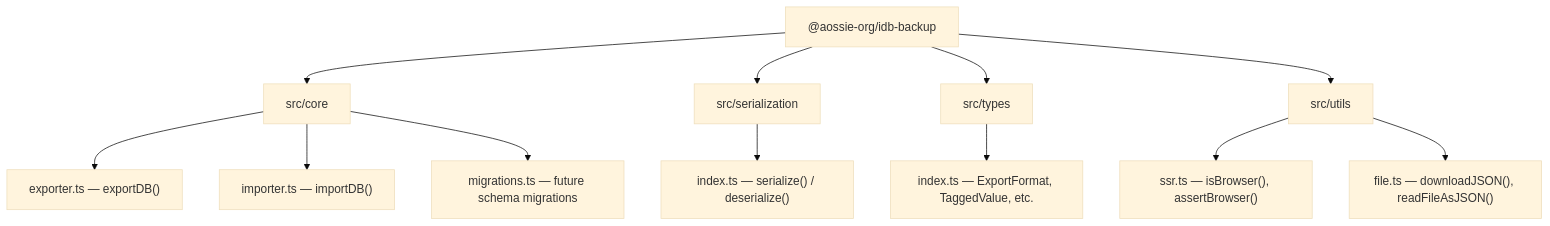
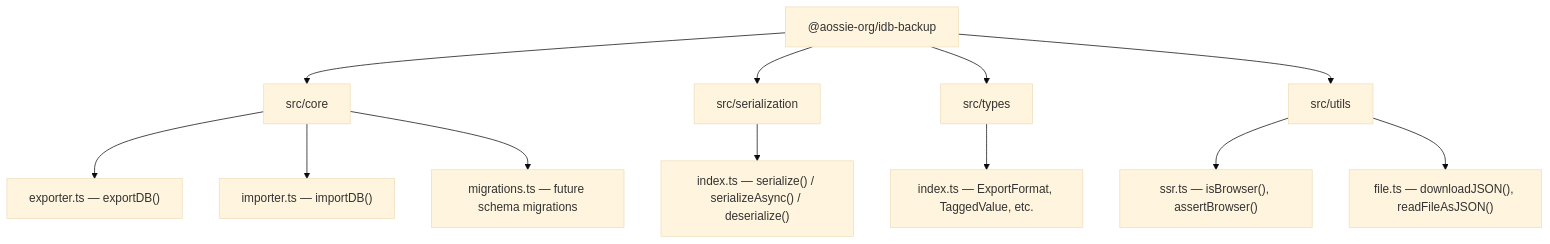
Before and after one commit to AOSSIE-Org/IndexedDB-Import-Export: the diagram in README.md, drawn with Mermaid (base theme). The commit also changed other lines of this file and 6 other files, not shown here.

````diff
--- a/README.md
+++ b/README.md
@@ -83,18 +83,18 @@
 ```mermaid
 graph TD
     A["@aossie-org/idb-backup"] --> B["src/core"]
     A --> C["src/serialization"]
     A --> D["src/types"]
     A --> E["src/utils"]
 
     B --> B1["exporter.ts — exportDB()"]
     B --> B2["importer.ts — importDB()"]
     B --> B3["migrations.ts — future schema migrations"]
 
-    C --> C1["index.ts — serialize() / deserialize()"]
+    C --> C1["index.ts — serialize() / serializeAsync() / deserialize()"]
 
     D --> D1["index.ts — ExportFormat, TaggedValue, etc."]
 
     E --> E1["ssr.ts — isBrowser(), assertBrowser()"]
     E --> E2["file.ts — downloadJSON(), readFileAsJSON()"]
 ```
````
